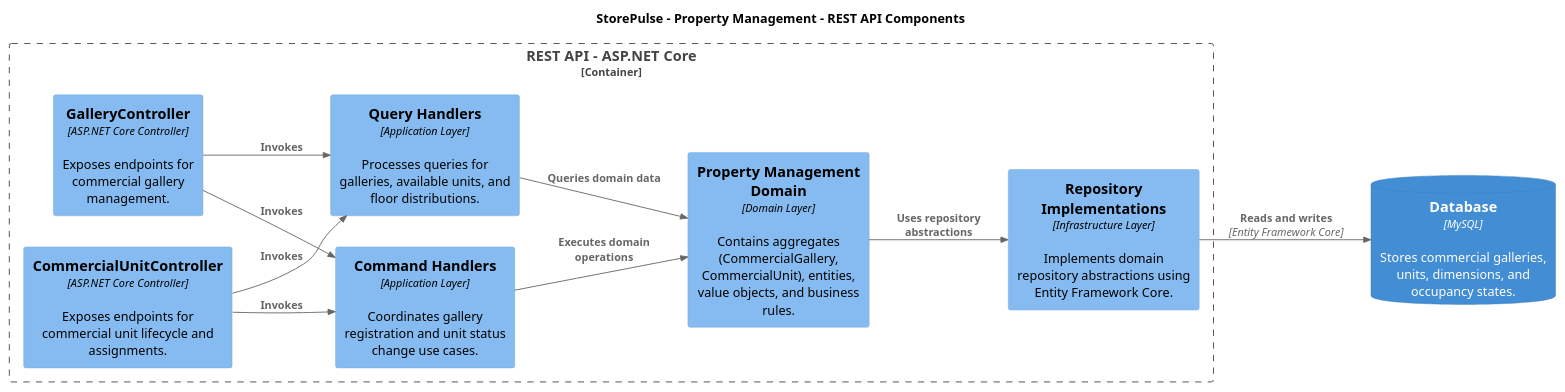
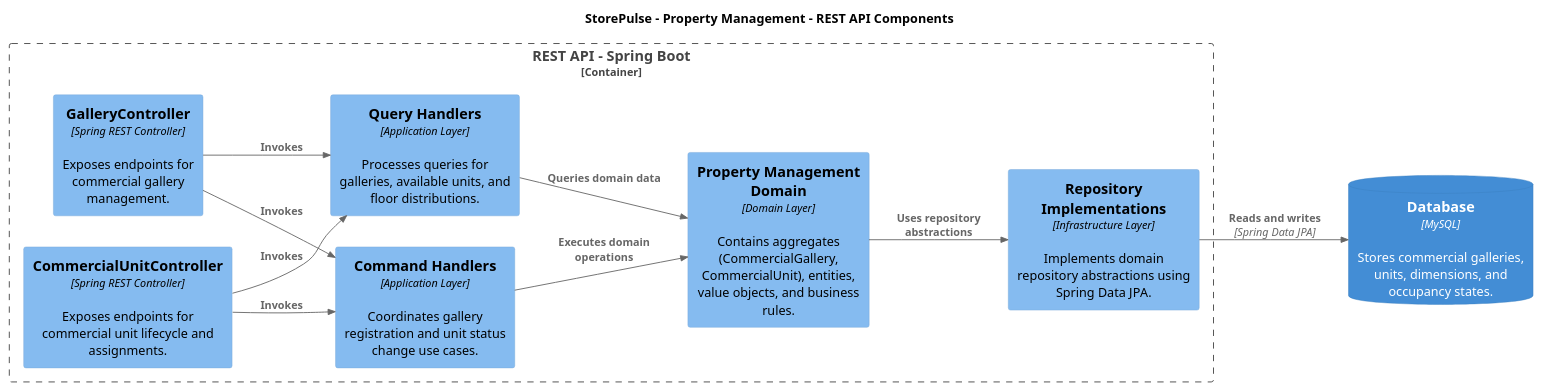
Before and after one commit to VanguardTechIot/storepulse-report: the diagram in assets/architecture/property-management/property-management-rest-api-component.puml, drawn with PlantUML. The commit also changed 33 other files, not shown here.

Commit message:
docs(architecture): replace dotnet references with spring boot

```diff
--- a/assets/architecture/property-management/property-management-rest-api-component.puml
+++ b/assets/architecture/property-management/property-management-rest-api-component.puml
@@ -1,41 +1,41 @@
 @startuml storepulse-property-management-rest-api-component
 
 !include https://raw.githubusercontent.com/plantuml-stdlib/C4-PlantUML/master/C4_Component.puml
 
 LAYOUT_LEFT_RIGHT()
 HIDE_STEREOTYPE()
 skinparam shadowing false
 skinparam defaultFontName Arial
 
 title StorePulse - Property Management - REST API Components
 
-Container_Boundary(restApi, "REST API - ASP.NET Core") {
+Container_Boundary(restApi, "REST API - Spring Boot") {
 
-    Component(galleryController, "GalleryController", "ASP.NET Core Controller", "Exposes endpoints for commercial gallery management.")
+    Component(galleryController, "GalleryController", "Spring REST Controller", "Exposes endpoints for commercial gallery management.")
 
-    Component(unitController, "CommercialUnitController", "ASP.NET Core Controller", "Exposes endpoints for commercial unit lifecycle and assignments.")
+    Component(unitController, "CommercialUnitController", "Spring REST Controller", "Exposes endpoints for commercial unit lifecycle and assignments.")
 
     Component(commandHandlers, "Command Handlers", "Application Layer", "Coordinates gallery registration and unit status change use cases.")
 
     Component(queryHandlers, "Query Handlers", "Application Layer", "Processes queries for galleries, available units, and floor distributions.")
 
     Component(domainModel, "Property Management Domain", "Domain Layer", "Contains aggregates (CommercialGallery, CommercialUnit), entities, value objects, and business rules.")
 
-    Component(repositoryImplementations, "Repository Implementations", "Infrastructure Layer", "Implements domain repository abstractions using Entity Framework Core.")
+    Component(repositoryImplementations, "Repository Implementations", "Infrastructure Layer", "Implements domain repository abstractions using Spring Data JPA.")
 }
 
 ContainerDb(database, "Database", "MySQL", "Stores commercial galleries, units, dimensions, and occupancy states.")
 
 Rel(galleryController, commandHandlers, "Invokes")
 Rel(galleryController, queryHandlers, "Invokes")
 
 Rel(unitController, commandHandlers, "Invokes")
 Rel(unitController, queryHandlers, "Invokes")
 
 Rel(commandHandlers, domainModel, "Executes domain operations")
 Rel(queryHandlers, domainModel, "Queries domain data")
 
 Rel(domainModel, repositoryImplementations, "Uses repository abstractions")
-Rel(repositoryImplementations, database, "Reads and writes", "Entity Framework Core")
+Rel(repositoryImplementations, database, "Reads and writes", "Spring Data JPA")
 
 @enduml
```
